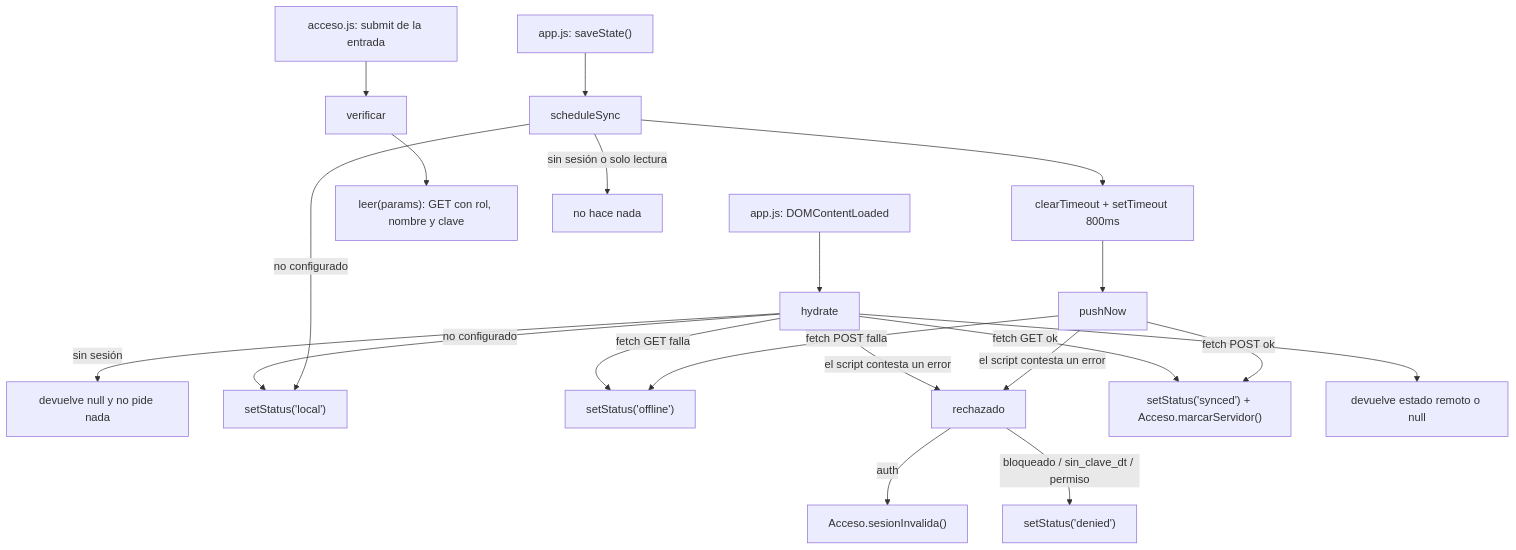
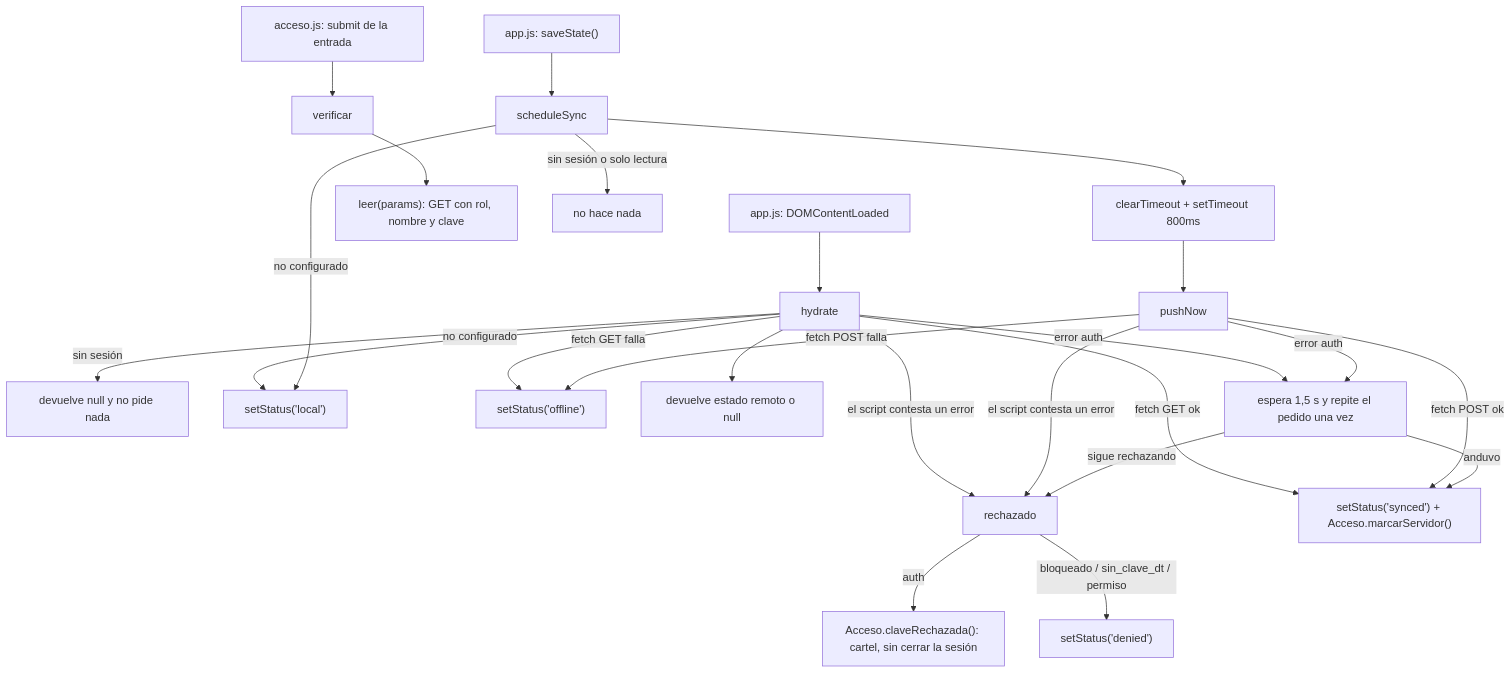
The diagram in codemap/js/sheets-integration.md (Lechuza22/DtCommander), drawn with Mermaid before and after one commit. The commit also changed other lines of this file, not shown here.

Commit message:
La clave rechazada ya no cierra la sesion sola (reintenta y avisa), historial de conexion en Ajustes y los datos de Google quedan guardados al abrir

````diff
--- a/codemap/js/sheets-integration.md
+++ b/codemap/js/sheets-integration.md
@@ -15,24 +16,28 @@
 ```mermaid
 flowchart TD
     Load["app.js: DOMContentLoaded"] --> hydrate
     hydrate -->|"sin sesión"| SinPedido["devuelve null y no pide nada"]
     hydrate -->|"no configurado"| setStatusLocal["setStatus('local')"]
     hydrate -->|"fetch GET falla"| setStatusOffline["setStatus('offline')"]
     hydrate -->|"el script contesta un error"| rechazado
     hydrate -->|"fetch GET ok"| setStatusSynced["setStatus('synced') + Acceso.marcarServidor()"]
     hydrate --> ReturnRemote["devuelve estado remoto o null"]
 
     Entrada["acceso.js: submit de la entrada"] --> verificar
     verificar --> leer["leer(params): GET con rol, nombre y clave"]
 
     SaveState["app.js: saveState()"] --> scheduleSync
     scheduleSync -->|"sin sesión o solo lectura"| NoEscribe["no hace nada"]
     scheduleSync -->|"no configurado"| setStatusLocal
     scheduleSync --> ClearTimer["clearTimeout + setTimeout 800ms"]
     ClearTimer --> pushNow
     pushNow -->|"fetch POST ok"| setStatusSynced
     pushNow -->|"el script contesta un error"| rechazado
     pushNow -->|"fetch POST falla"| setStatusOffline
-    rechazado -->|"auth"| sesionInvalida["Acceso.sesionInvalida()"]
+    hydrate -->|"error auth"| Reintento["espera 1,5 s y repite el pedido una vez"]
+    pushNow -->|"error auth"| Reintento
+    Reintento -->|"sigue rechazando"| rechazado
+    Reintento -->|"anduvo"| setStatusSynced
+    rechazado -->|"auth"| claveRechazada["Acceso.claveRechazada(): cartel, sin cerrar la sesión"]
     rechazado -->|"bloqueado / sin_clave_dt / permiso"| setStatusDenied["setStatus('denied')"]
 ```
````
